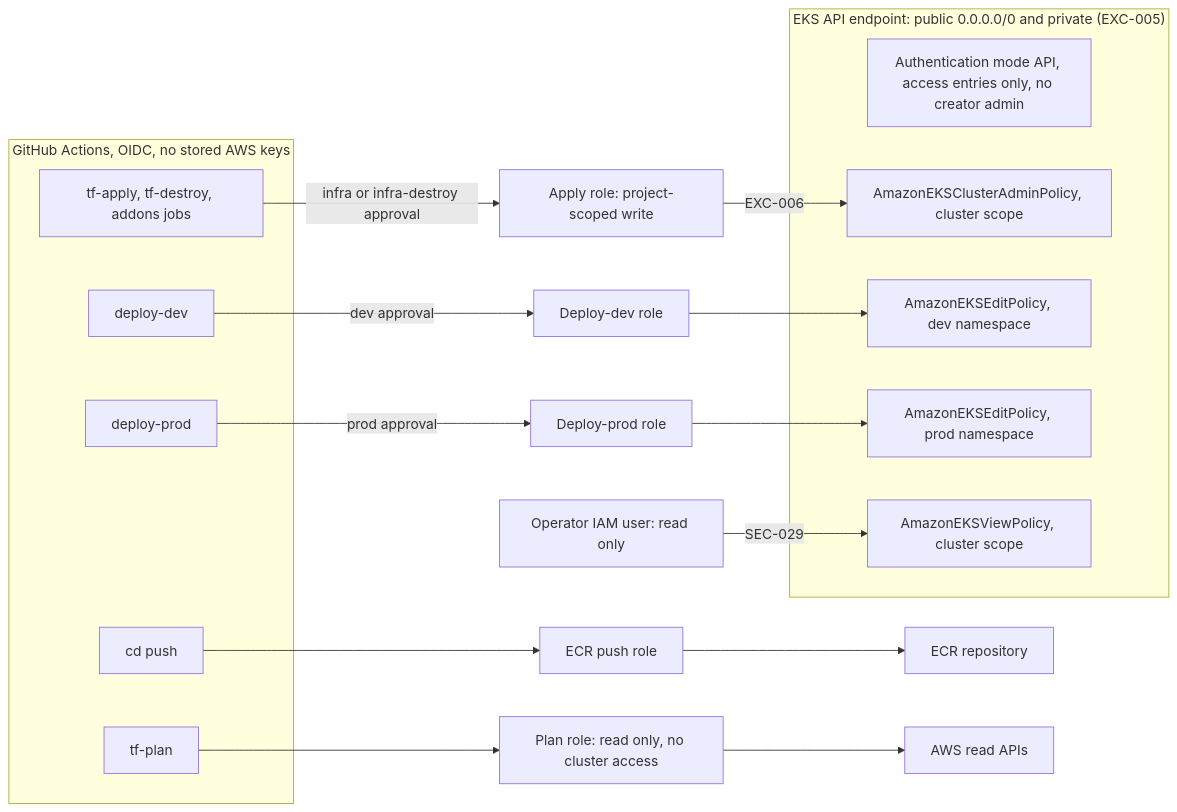
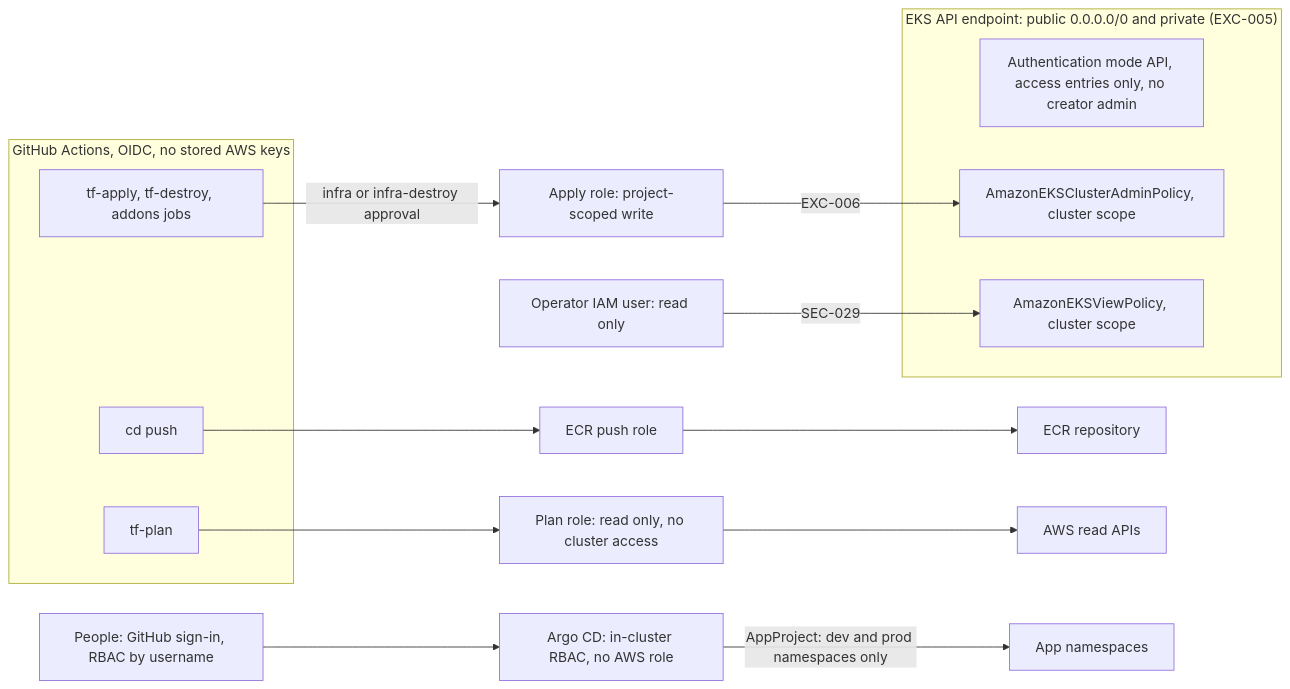
One commit to zeinhaidara/healthcare-eks-secops changed the third of 3 diagrams in docs/architecture.md. Above: the diagram before and after it, drawn with Mermaid. The commit also changed other lines of this file and 34 other files, not shown here.

````diff
--- a/docs/architecture.md
+++ b/docs/architecture.md
@@ -129,38 +129,32 @@
 ```mermaid
 flowchart LR
     subgraph gha["GitHub Actions, OIDC, no stored AWS keys"]
         jplan["tf-plan"]
         japply["tf-apply, tf-destroy, addons jobs"]
         jpush["cd push"]
-        jdev["deploy-dev"]
-        jprod["deploy-prod"]
     end
 
     planrole["Plan role: read only, no cluster access"]
     applyrole["Apply role: project-scoped write"]
     pushrole["ECR push role"]
-    devrole["Deploy-dev role"]
-    prodrole["Deploy-prod role"]
     operator["Operator IAM user: read only"]
+    argo["Argo CD: in-cluster RBAC, no AWS role"]
+    people["People: GitHub sign-in, RBAC by username"]
 
     jplan --> planrole
     japply -- "infra or infra-destroy approval" --> applyrole
     jpush --> pushrole
-    jdev -- "dev approval" --> devrole
-    jprod -- "prod approval" --> prodrole
 
     subgraph eksapi["EKS API endpoint: public 0.0.0.0/0 and private (EXC-005)"]
         authn["Authentication mode API, access entries only, no creator admin"]
         admin["AmazonEKSClusterAdminPolicy, cluster scope"]
-        editdev["AmazonEKSEditPolicy, dev namespace"]
-        editprod["AmazonEKSEditPolicy, prod namespace"]
         view["AmazonEKSViewPolicy, cluster scope"]
     end
 
     applyrole -- "EXC-006" --> admin
-    devrole --> editdev
-    prodrole --> editprod
     operator -- "SEC-029" --> view
     pushrole --> ecr["ECR repository"]
     planrole --> awsread["AWS read APIs"]
+    people --> argo
+    argo -- "AppProject: dev and prod namespaces only" --> apps["App namespaces"]
 ```
````
